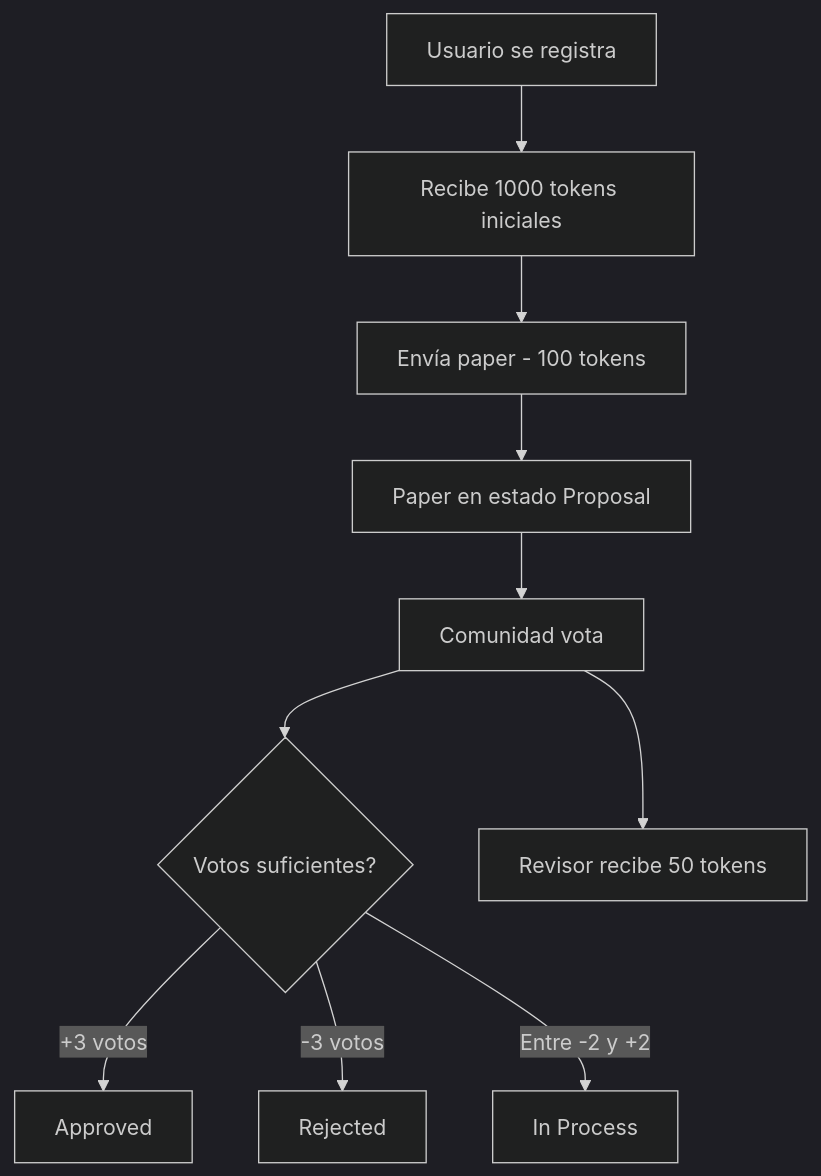
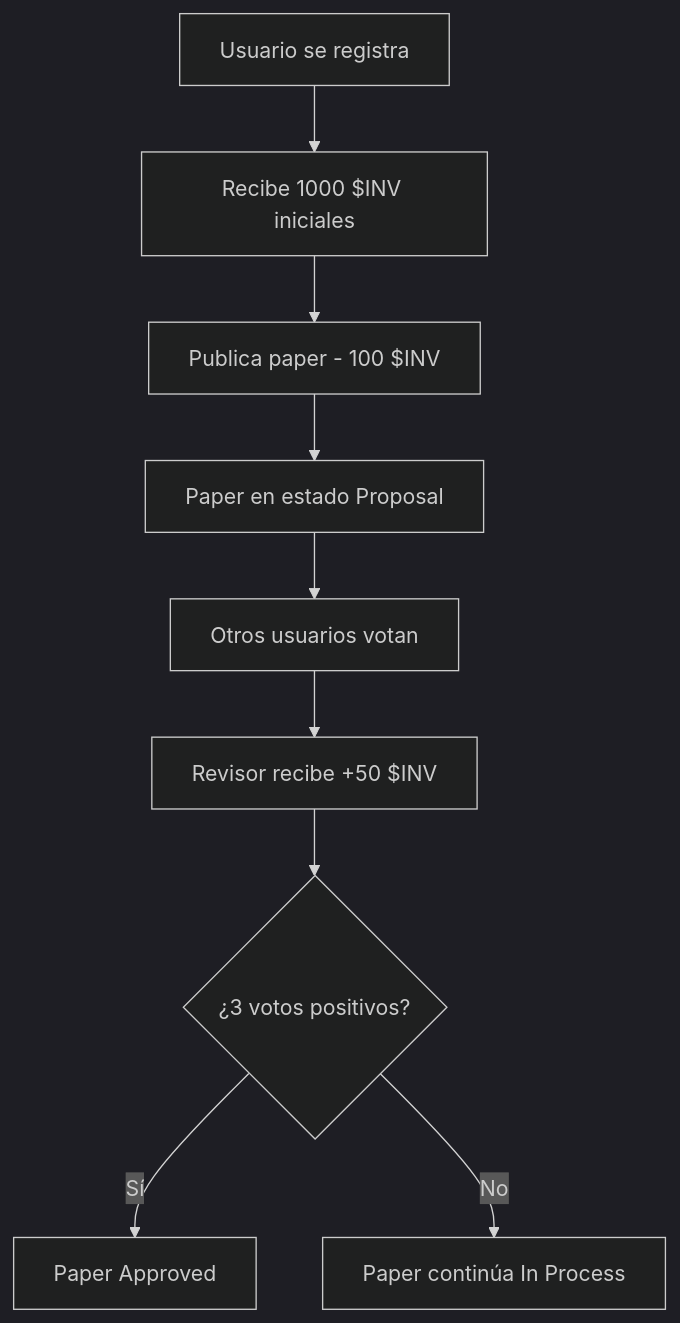
One commit to nicolasegimenez/milo_journal changed the diagram in README.md. Above: the diagram before and after it, drawn with Mermaid (dark theme). The commit also changed other lines of this file and 8 other files, not shown here.

````diff
--- a/README.md
+++ b/README.md
@@ -32,12 +91,11 @@
 ```mermaid
 graph TD
-    A[Usuario se registra] --> B[Recibe 1000 tokens iniciales]
-    B --> C[Envía paper - 100 tokens]
+    A[Usuario se registra] --> B[Recibe 1000 $INV iniciales]
+    B --> C[Publica paper - 100 $INV]
     C --> D[Paper en estado Proposal]
-    D --> E[Comunidad vota]
-    E --> F{Votos suficientes?}
-    F -->|+3 votos| G[Approved]
-    F -->|-3 votos| H[Rejected]
-    F -->|Entre -2 y +2| I[In Process]
-    E --> J[Revisor recibe 50 tokens]
+    D --> E[Otros usuarios votan]
+    E --> F[Revisor recibe +50 $INV]
+    F --> G{¿3 votos positivos?}
+    G -->|Sí| H[Paper Approved]
+    G -->|No| I[Paper continúa In Process]
 ```
````
